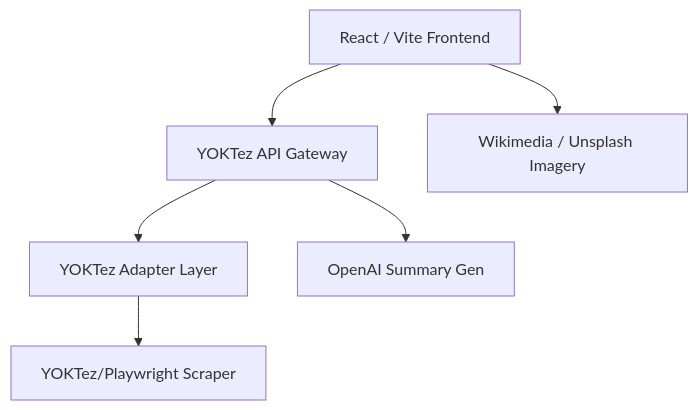
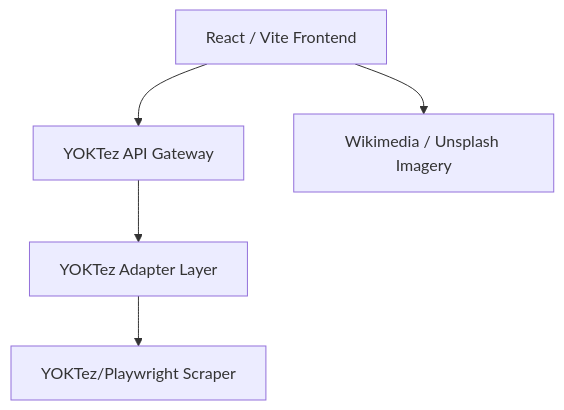
One commit to teztokapp/app changed the diagram in README.md. Above: the diagram before and after it, drawn with Mermaid.

Commit message:
Update architecture diagram in README
Removed OpenAI Summary Gen from architecture diagram.

````diff
--- a/README.md
+++ b/README.md
@@ -45,8 +45,7 @@
 ```mermaid
 graph TD
     A[React / Vite Frontend] --> B[YOKTez API Gateway]
     B --> C[YOKTez Adapter Layer]
     C --> D[YOKTez/Playwright Scraper]
-    B --> E[OpenAI Summary Gen]
     A --> F[Wikimedia / Unsplash Imagery]
 ```
````
